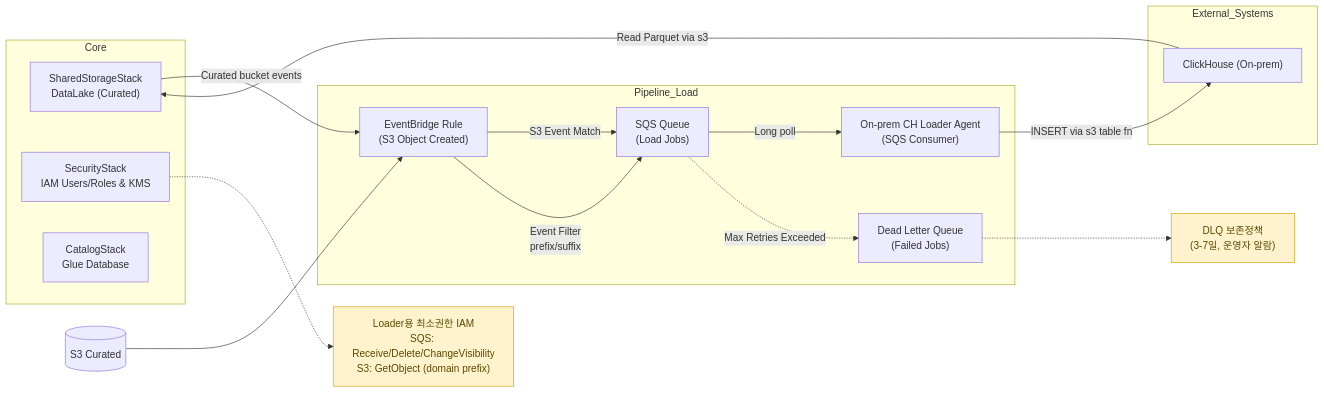
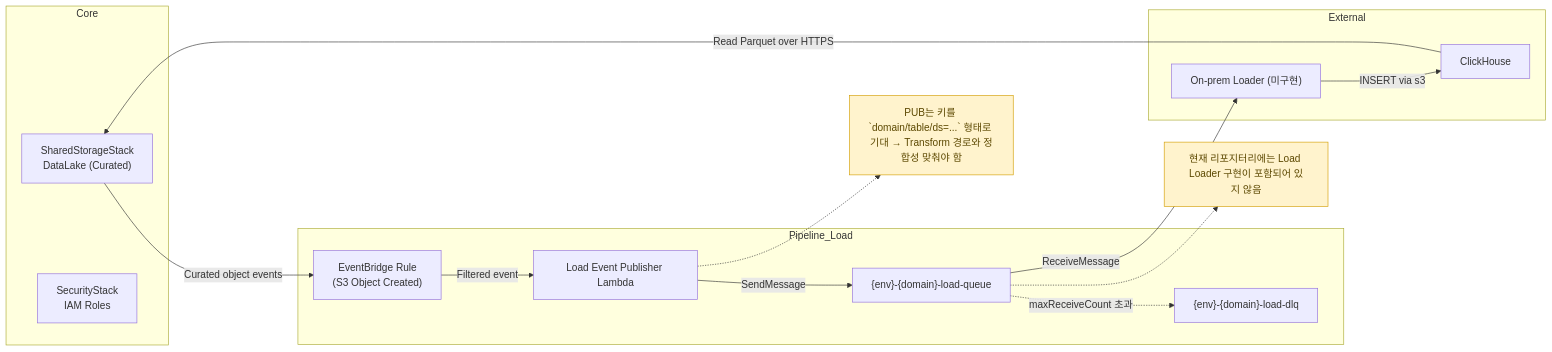
The diagram in docs/diagrams/load/01-components.md (keemgdeok/fin-forge-pipeline), drawn with Mermaid before and after one commit. The commit also changed 35 other files, not shown here.

Commit message:
docs: refresh diagrams

````diff
--- a/docs/diagrams/load/01-components.md
+++ b/docs/diagrams/load/01-components.md
@@ -1,38 +1,38 @@
 ```mermaid
 graph LR
   subgraph Core
     SS["SharedStorageStack<br/>DataLake (Curated)"]
-    SEC["SecurityStack<br/>IAM Users/Roles & KMS"]
-    GOV["CatalogStack<br/>Glue Database"]
+    SEC["SecurityStack<br/>IAM Roles"]
   end
 
   subgraph Pipeline_Load
     EB["EventBridge Rule<br/>(S3 Object Created)"]
-    SQS["SQS Queue<br/>(Load Jobs)"]
-    DLQ["Dead Letter Queue<br/>(Failed Jobs)"]
-    AGT["On‑prem CH Loader Agent<br/>(SQS Consumer)"]
+    PUB["Load Event Publisher Lambda"]
+    SQS["{env}-{domain}-load-queue"]
+    DLQ["{env}-{domain}-load-dlq"]
   end
 
-  subgraph External_Systems
-    DW["ClickHouse (On‑prem)"]
+  subgraph External
+    AGT["On‑prem Loader (미구현)"]
+    CH["ClickHouse"]
   end
 
-  SS -->|Curated bucket events| EB
-  EB -->|S3 Event Match| SQS
-  SQS -->|Long poll| AGT
-  SQS -.->|Max Retries Exceeded| DLQ
+  SS -->|Curated object events| EB
+  EB -->|Filtered event| PUB
+  PUB -->|SendMessage| SQS
+  SQS -.->|maxReceiveCount 초과| DLQ
 
-  AGT -->|INSERT via s3 table fn| DW
-  DW -->|Read Parquet via s3| SS
+  %% External consumption (예정)
+  SQS -->|ReceiveMessage| AGT
+  AGT -->|INSERT via s3| CH
+  CH -->|Read Parquet over HTTPS| SS
 
-  CUR[(S3 Curated)] --> EB
-  EB -->|Event Filter<br/>prefix/suffix| SQS
+  %% Notes
+  N1["현재 리포지터리에는 Load Loader 구현이 포함되어 있지 않음"]:::note
+  N2["PUB는 키를 `domain/table/ds=...` 형태로 기대 → Transform 경로와 정합성 맞춰야 함"]:::note
 
-  %% Security/ops notes
-  N1["Loader용 최소권한 IAM<br/>SQS: Receive/Delete/ChangeVisibility<br/>S3: GetObject (domain prefix)"]:::note
-  N2["DLQ 보존정책<br/>(3-7일, 운영자 알람)"]:::note
-  SEC -.-> N1
-  DLQ -.-> N2
+  SQS -.-> N1
+  PUB -.-> N2
 
   classDef note fill:#fff3cd,stroke:#d39e00,color:#5c4800;
 ```
````
